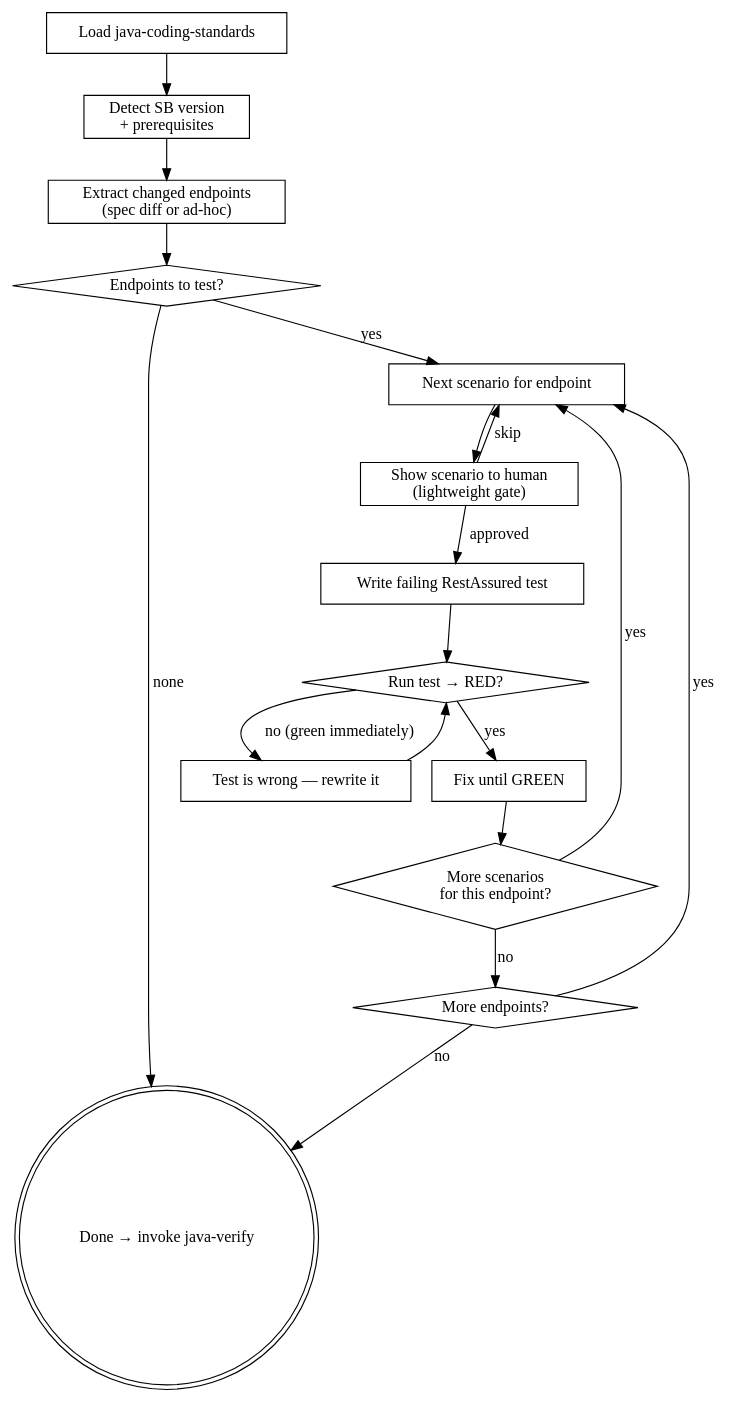
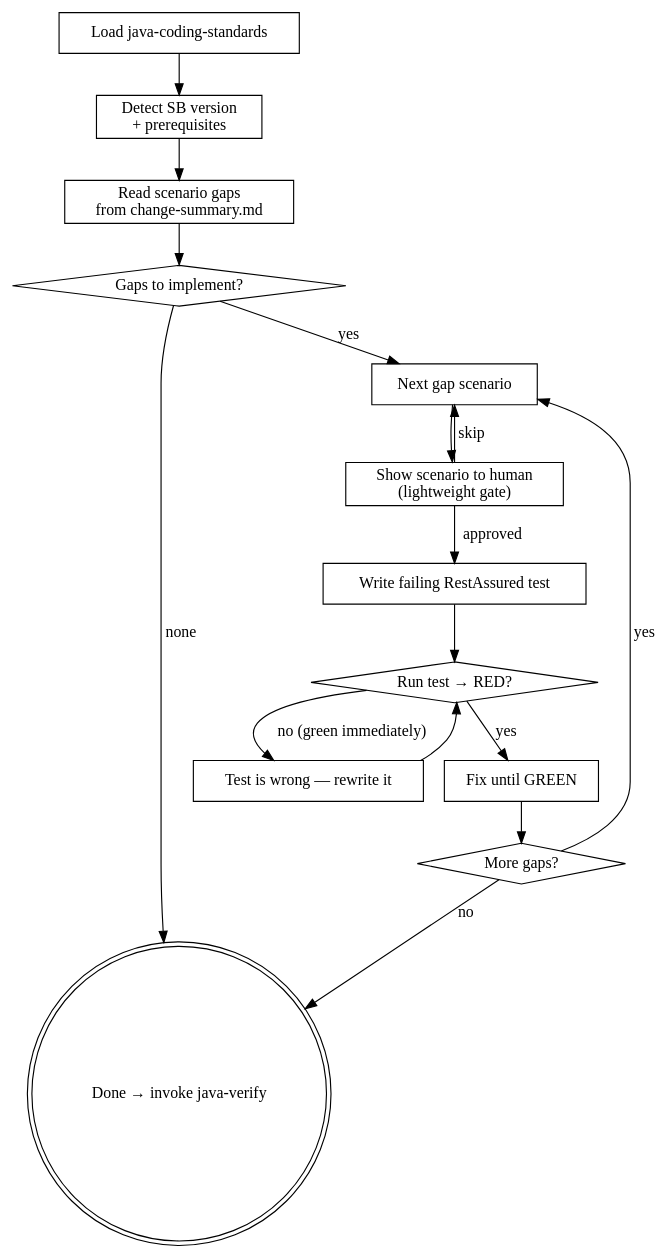
Before and after one commit to honghaowuu/jkit: the first of 2 diagrams in docs/superpowers/specs/2026-04-21-jkit-iter3-quality-layer.md, drawn with Graphviz. The commit also changed other lines of this file and 3 other files, not shown here.

First line of the commit message:
fix(design): relocate jkit artifacts to .jkit/, introduce scenario-gap + scenario-tdd

````diff
--- a/docs/superpowers/specs/2026-04-21-jkit-iter3-quality-layer.md
+++ b/docs/superpowers/specs/2026-04-21-jkit-iter3-quality-layer.md
@@ -84,35 +84,32 @@
 ```dot
-digraph api_scenarios {
+digraph scenario_tdd {
     "Load java-coding-standards" [shape=box];
     "Detect SB version\n+ prerequisites" [shape=box];
-    "Extract changed endpoints\n(spec diff or ad-hoc)" [shape=box];
-    "Endpoints to test?" [shape=diamond];
+    "Read scenario gaps\nfrom change-summary.md" [shape=box];
+    "Gaps to implement?" [shape=diamond];
     "Done → invoke java-verify" [shape=doublecircle];
-    "Next scenario for endpoint" [shape=box];
+    "Next gap scenario" [shape=box];
     "Show scenario to human\n(lightweight gate)" [shape=box];
     "Write failing RestAssured test" [shape=box];
     "Run test → RED?" [shape=diamond];
     "Test is wrong — rewrite it" [shape=box];
     "Fix until GREEN" [shape=box];
-    "More scenarios\nfor this endpoint?" [shape=diamond];
-    "More endpoints?" [shape=diamond];
+    "More gaps?" [shape=diamond];
 
     "Load java-coding-standards" -> "Detect SB version\n+ prerequisites";
-    "Detect SB version\n+ prerequisites" -> "Extract changed endpoints\n(spec diff or ad-hoc)";
-    "Extract changed endpoints\n(spec diff or ad-hoc)" -> "Endpoints to test?";
-    "Endpoints to test?" -> "Done → invoke java-verify" [label="none"];
-    "Endpoints to test?" -> "Next scenario for endpoint" [label="yes"];
-    "Next scenario for endpoint" -> "Show scenario to human\n(lightweight gate)";
+    "Detect SB version\n+ prerequisites" -> "Read scenario gaps\nfrom change-summary.md";
+    "Read scenario gaps\nfrom change-summary.md" -> "Gaps to implement?";
+    "Gaps to implement?" -> "Done → invoke java-verify" [label="none"];
+    "Gaps to implement?" -> "Next gap scenario" [label="yes"];
+    "Next gap scenario" -> "Show scenario to human\n(lightweight gate)";
     "Show scenario to human\n(lightweight gate)" -> "Write failing RestAssured test" [label="approved"];
-    "Show scenario to human\n(lightweight gate)" -> "Next scenario for endpoint" [label="skip"];
+    "Show scenario to human\n(lightweight gate)" -> "Next gap scenario" [label="skip"];
     "Write failing RestAssured test" -> "Run test → RED?";
     "Run test → RED?" -> "Fix until GREEN" [label="yes"];
     "Run test → RED?" -> "Test is wrong — rewrite it" [label="no (green immediately)"];
     "Test is wrong — rewrite it" -> "Run test → RED?";
-    "Fix until GREEN" -> "More scenarios\nfor this endpoint?";
-    "More scenarios\nfor this endpoint?" -> "Next scenario for endpoint" [label="yes"];
-    "More scenarios\nfor this endpoint?" -> "More endpoints?" [label="no"];
-    "More endpoints?" -> "Next scenario for endpoint" [label="yes"];
-    "More endpoints?" -> "Done → invoke java-verify" [label="no"];
+    "Fix until GREEN" -> "More gaps?";
+    "More gaps?" -> "Next gap scenario" [label="yes"];
+    "More gaps?" -> "Done → invoke java-verify" [label="no"];
 }
 ```
````
